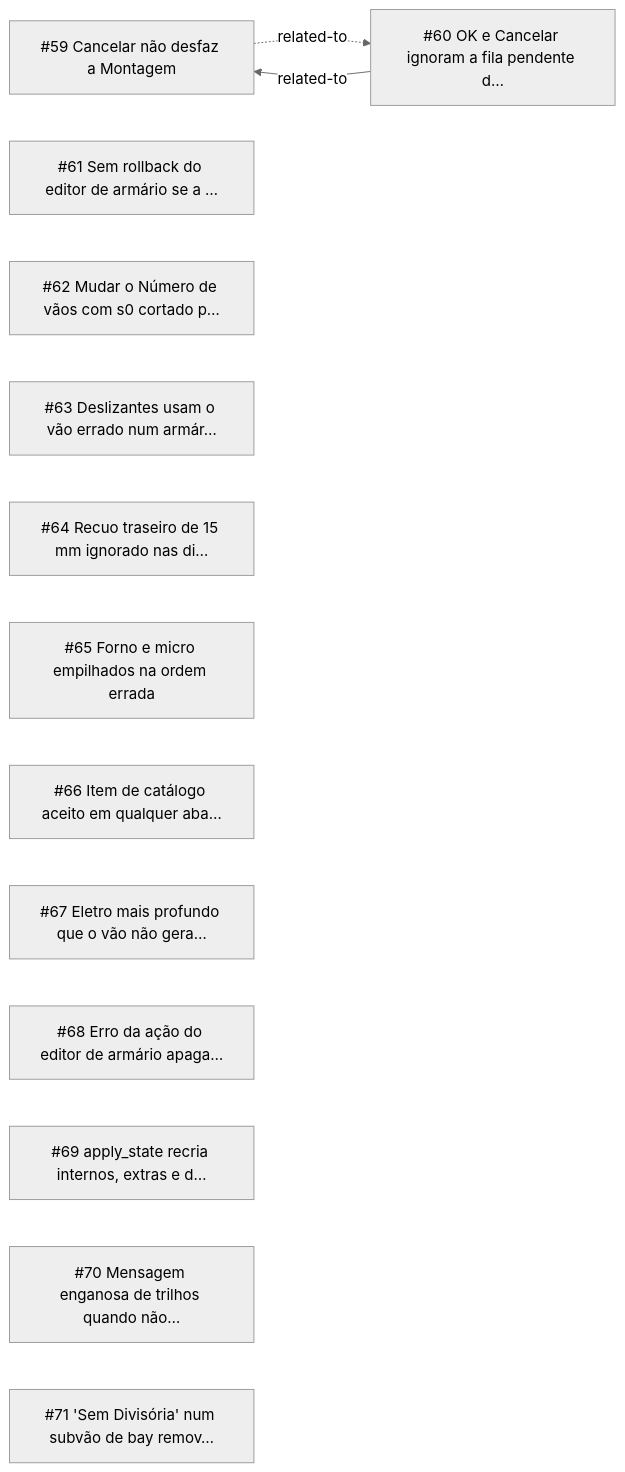
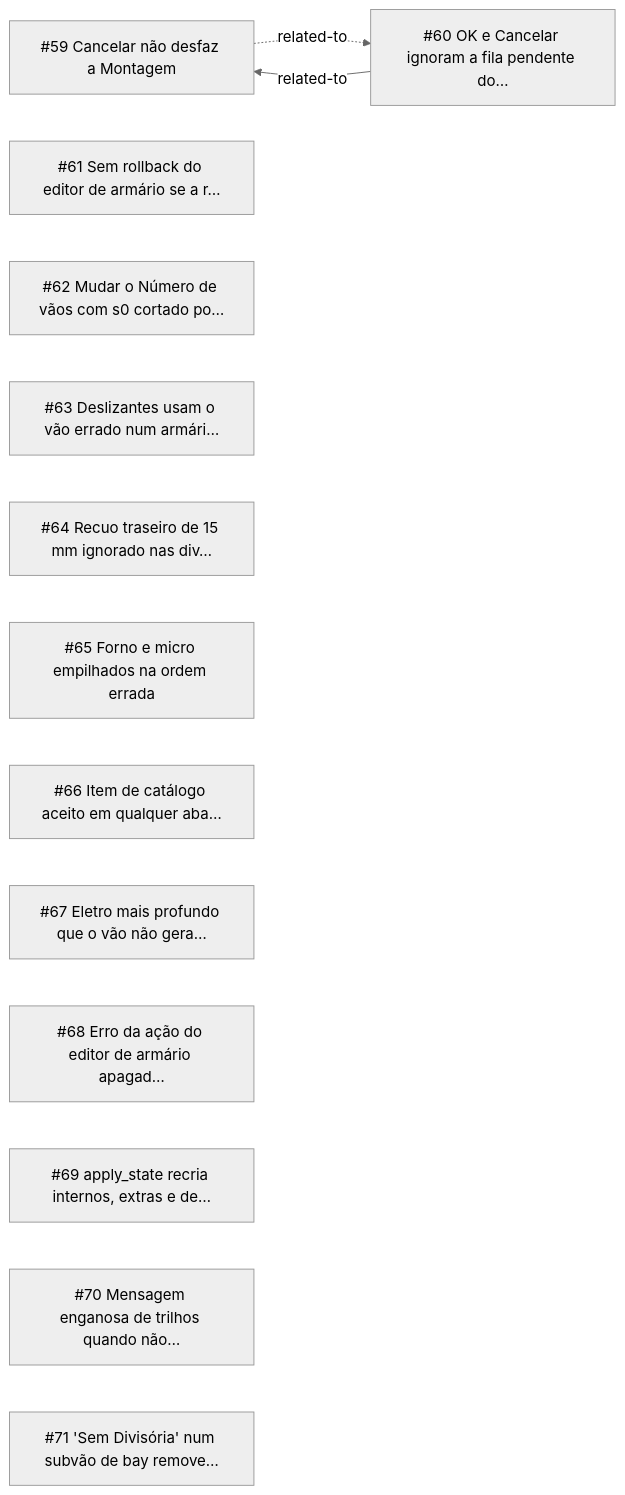
One commit to CAFFDIGITALPLATFORM/caffmob_draw changed the diagram in _reversa_bugs/cabinet_editor/generated/graph.md. Above: the diagram before and after it, drawn with Mermaid (neutral theme). The commit also changed other lines of this file and 220 other files, not shown here.

````diff
--- a/_reversa_bugs/cabinet_editor/generated/graph.md
+++ b/_reversa_bugs/cabinet_editor/generated/graph.md
@@ -5,18 +5,18 @@
 ```mermaid
 graph LR
   BUG_20261011_6JIM["#59 Cancelar não desfaz a Montagem"]
-  BUG_20261011_N2D4["#60 OK e Cancelar ignoram a fila pendente d…"]
-  BUG_20261011_TRMB["#61 Sem rollback do editor de armário se a …"]
-  BUG_20261011_5R7U["#62 Mudar o Número de vãos com s0 cortado p…"]
-  BUG_20261011_FHQN["#63 Deslizantes usam o vão errado num armár…"]
-  BUG_20261011_HF2J["#64 Recuo traseiro de 15 mm ignorado nas di…"]
+  BUG_20261011_N2D4["#60 OK e Cancelar ignoram a fila pendente do…"]
+  BUG_20261011_TRMB["#61 Sem rollback do editor de armário se a r…"]
+  BUG_20261011_5R7U["#62 Mudar o Número de vãos com s0 cortado po…"]
+  BUG_20261011_FHQN["#63 Deslizantes usam o vão errado num armári…"]
+  BUG_20261011_HF2J["#64 Recuo traseiro de 15 mm ignorado nas div…"]
   BUG_20261011_HVYM["#65 Forno e micro empilhados na ordem errada"]
   BUG_20261011_HR3U["#66 Item de catálogo aceito em qualquer aba…"]
   BUG_20261011_TFC7["#67 Eletro mais profundo que o vão não gera…"]
-  BUG_20261011_E33D["#68 Erro da ação do editor de armário apaga…"]
-  BUG_20261011_HLV6["#69 apply_state recria internos, extras e d…"]
+  BUG_20261011_E33D["#68 Erro da ação do editor de armário apagad…"]
+  BUG_20261011_HLV6["#69 apply_state recria internos, extras e de…"]
   BUG_20261011_FGTR["#70 Mensagem enganosa de trilhos quando não…"]
-  BUG_20261011_FYXD["#71 'Sem Divisória' num subvão de bay remov…"]
+  BUG_20261011_FYXD["#71 'Sem Divisória' num subvão de bay remove…"]
   BUG_20261011_6JIM -.->|related-to| BUG_20261011_N2D4
   BUG_20261011_N2D4 -->|related-to| BUG_20261011_6JIM
 ```
````
